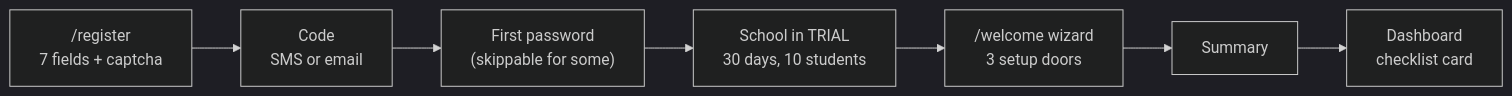
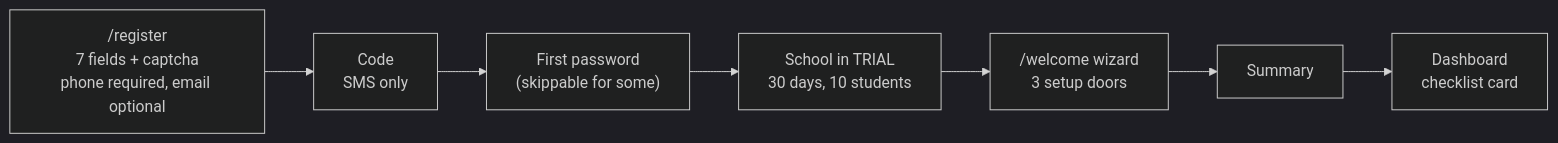
Before and after one commit to tareq89/biddaloy: the first of 8 diagrams in docs/architecture/22-onboarding.md, drawn with Mermaid (dark theme). The commit also changed other lines of this file and 16 other files, not shown here.

Commit message:
feat(auth): phone OTP mandatory at signup, email stored unverified for 2718

````diff
--- a/docs/architecture/22-onboarding.md
+++ b/docs/architecture/22-onboarding.md
@@ -8,9 +8,9 @@
 ```mermaid
 flowchart LR
-    R["/register<br/>7 fields + captcha"] --> C["Code<br/>SMS or email"]
+    R["/register<br/>7 fields + captcha<br/>phone required, email optional"] --> C["Code<br/>SMS only"]
     C --> P["First password<br/>(skippable for some)"]
     P --> T["School in TRIAL<br/>30 days, 10 students"]
     T --> W["/welcome wizard<br/>3 setup doors"]
     W --> S["Summary"]
     S --> D["Dashboard<br/>checklist card"]
 ```
````
